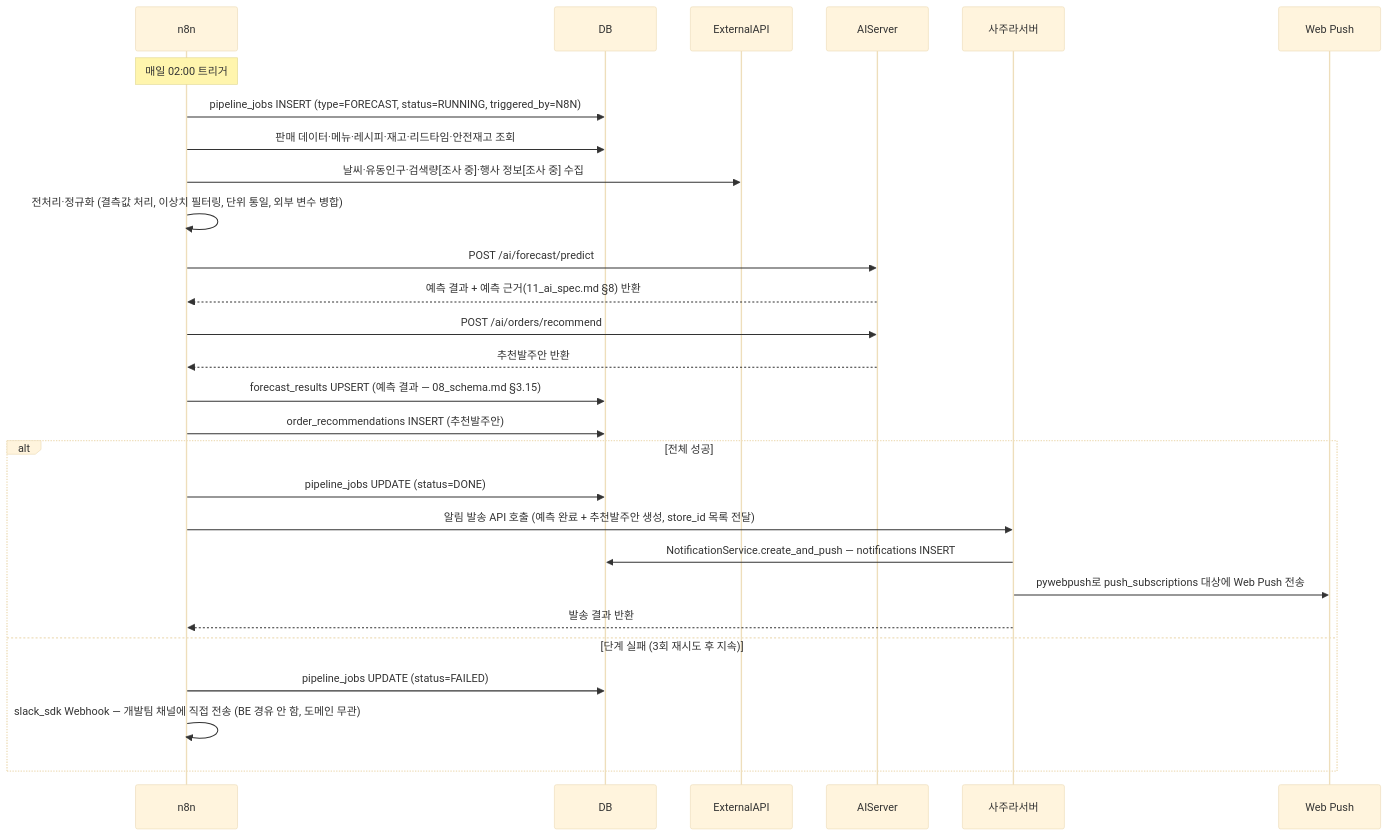
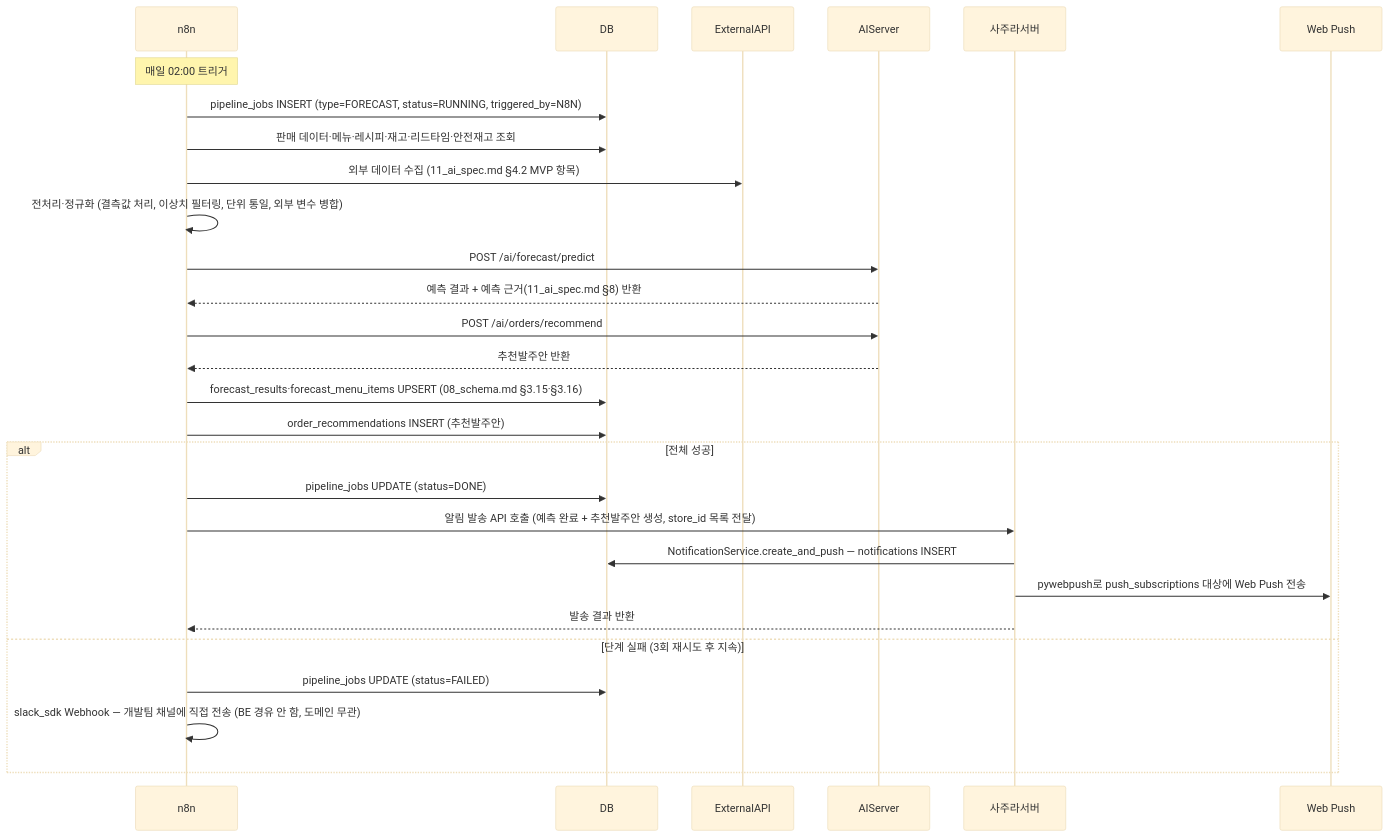
The fourth of 7 diagrams in docs/spec/06_sequence.md (h-taek/CapstoneDesign-Sajura), drawn with Mermaid (base theme) before and after one commit. The commit also changed other lines of this file and 15 other files, not shown here.

````diff
--- a/docs/spec/06_sequence.md
+++ b/docs/spec/06_sequence.md
@@ -226,32 +226,32 @@
 ```mermaid
 sequenceDiagram
     participant n8n
     participant DB
     participant ExternalAPI
     participant AIServer
     participant BE as 사주라서버
     participant Push as Web Push
 
     Note over n8n: 매일 02:00 트리거
     n8n->>DB: pipeline_jobs INSERT (type=FORECAST, status=RUNNING, triggered_by=N8N)
     n8n->>DB: 판매 데이터·메뉴·레시피·재고·리드타임·안전재고 조회
-    n8n->>ExternalAPI: 날씨·유동인구·검색량[조사 중]·행사 정보[조사 중] 수집
+    n8n->>ExternalAPI: 외부 데이터 수집 (11_ai_spec.md §4.2 MVP 항목)
     n8n->>n8n: 전처리·정규화 (결측값 처리, 이상치 필터링, 단위 통일, 외부 변수 병합)
     n8n->>AIServer: POST /ai/forecast/predict
     AIServer-->>n8n: 예측 결과 + 예측 근거(11_ai_spec.md §8) 반환
     n8n->>AIServer: POST /ai/orders/recommend
     AIServer-->>n8n: 추천발주안 반환
-    n8n->>DB: forecast_results UPSERT (예측 결과 — 08_schema.md §3.15)
+    n8n->>DB: forecast_results·forecast_menu_items UPSERT (08_schema.md §3.15·§3.16)
     n8n->>DB: order_recommendations INSERT (추천발주안)
 
     alt 전체 성공
         n8n->>DB: pipeline_jobs UPDATE (status=DONE)
         n8n->>BE: 알림 발송 API 호출 (예측 완료 + 추천발주안 생성, store_id 목록 전달)
         BE->>DB: NotificationService.create_and_push — notifications INSERT
         BE->>Push: pywebpush로 push_subscriptions 대상에 Web Push 전송
         BE-->>n8n: 발송 결과 반환
     else 단계 실패 (3회 재시도 후 지속)
         n8n->>DB: pipeline_jobs UPDATE (status=FAILED)
         n8n->>n8n: slack_sdk Webhook — 개발팀 채널에 직접 전송 (BE 경유 안 함, 도메인 무관)
     end
 ```
````
